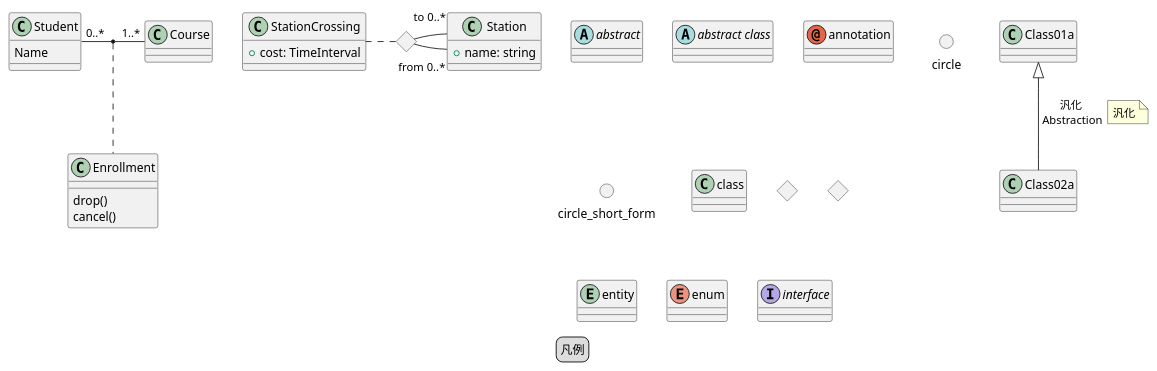
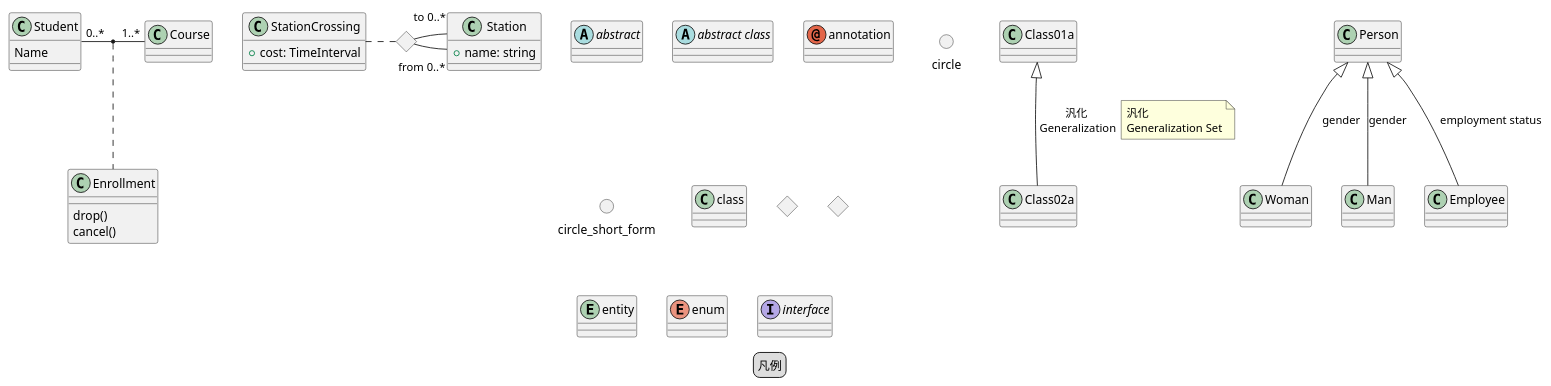
One commit to peregrin8alde/learn-ossdb-gold changed the diagram in site/content/ja/docs/Appendix/uml/class/puml/legend/classe-legends.puml. Above: the diagram before and after it, drawn with PlantUML. The commit also changed 2 other files, not shown here.

```diff
--- a/site/content/ja/docs/Appendix/uml/class/puml/legend/classe-legends.puml
+++ b/site/content/ja/docs/Appendix/uml/class/puml/legend/classe-legends.puml
@@ -1,56 +1,61 @@
 @startuml
 /'
 コメント
 '/
 legend
 凡例
 endlegend
 
 abstract "abstract"
 abstract class "abstract class"
 annotation "annotation"
 circle "circle"
 () "circle_short_form"
 class "class"
 diamond diamond
 <> diamond_short_form
 entity "entity"
 enum "enum"
 interface "interface"
 
-"Class01a" <|-- "Class02a" : "汎化\n Abstraction"
+"Class01a" <|-- "Class02a" : "汎化\n Generalization"
 note right on link
 汎化
+Generalization Set
 end note
+
+"Person" <|-- "Woman" : "gender"
+"Person" <|-- "Man" : "gender"
+"Person" <|-- "Employee" : "employment status"
 
 
 /'
 関連クラス
 '/
 class Student {
   Name
 }
 Student "0..*" - "1..*" Course
   (Student, Course) .. Enrollment
   class Enrollment {
   drop()
   cancel()
 }
 
 /'
 複数関連
 '/
 class Station {
   +name: string
 }
 class StationCrossing {
   +cost: TimeInterval
 }
 <> diamond1
 StationCrossing . diamond1
 diamond1 - "from 0..*" Station
 diamond1 - "to 0..* " Station
 
 
 
 @enduml
```
